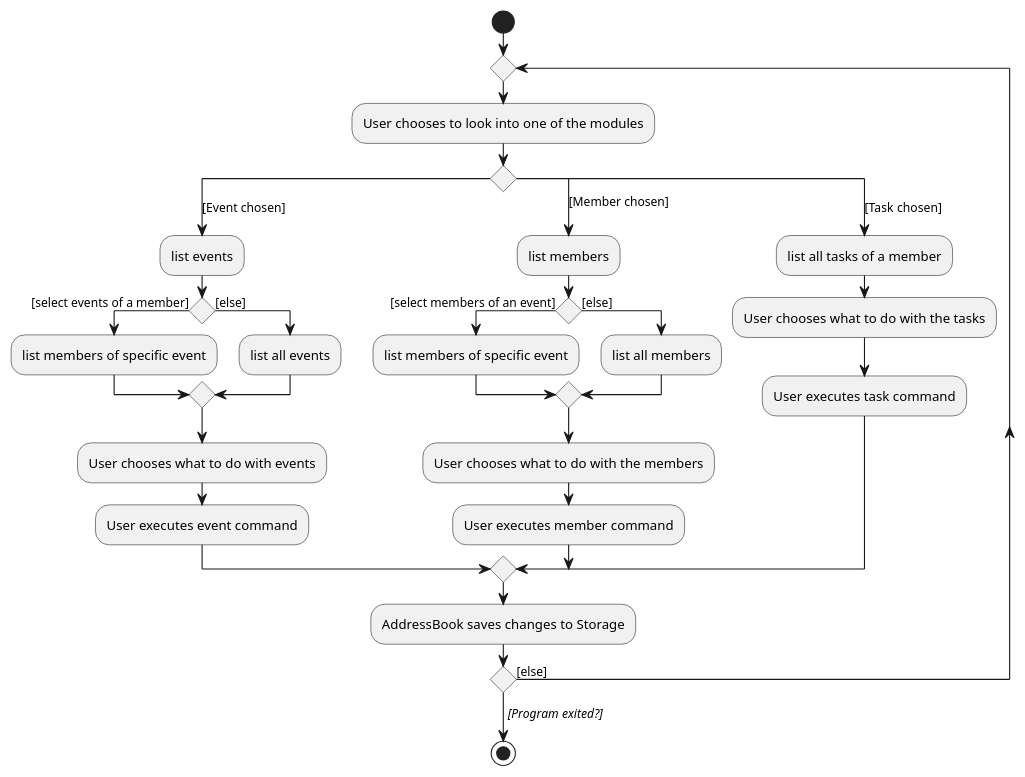
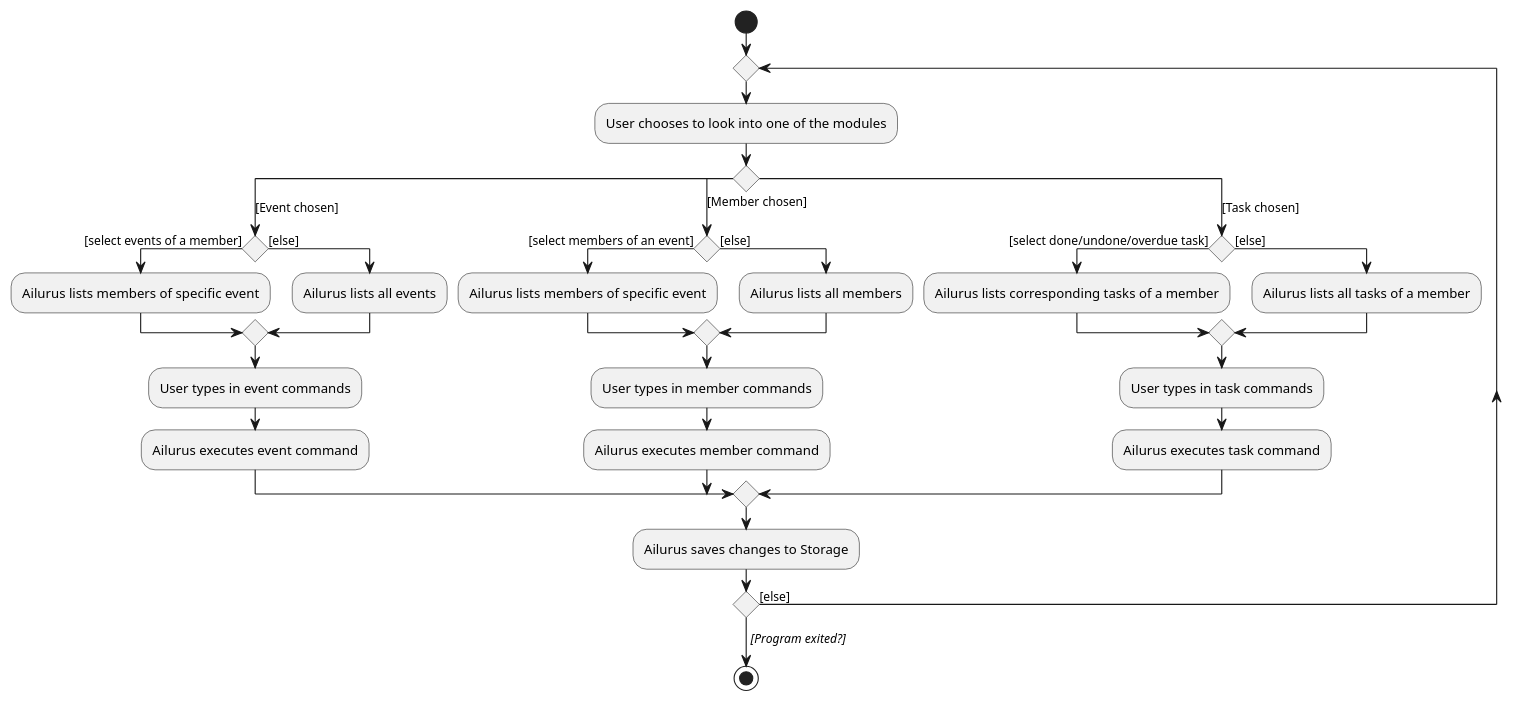
The diagram in docs/diagrams/CommandActivityDiagram.puml (nus-cs2103-AY2122S1/tp), drawn with PlantUML before and after one commit. The commit also changed 2 other files, not shown here.

```diff
--- a/docs/diagrams/CommandActivityDiagram.puml
+++ b/docs/diagrams/CommandActivityDiagram.puml
@@ -1,33 +1,35 @@
 @startuml
 start
 repeat
 :User chooses to look into one of the modules;
 switch ()
 case ([Event chosen])
-    :list events;
     if () then ([select events of a member])
-        :list members of specific event;
+        :Ailurus lists members of specific event;
     else ([else])
-        :list all events;
+        :Ailurus lists all events;
     endif
-    :User chooses what to do with events;
-    :User executes event command;
+    :User types in event commands;
+    :Ailurus executes event command;
 case ([Member chosen])
-    :list members;
     if () then ([select members of an event])
-        :list members of specific event;
+        :Ailurus lists members of specific event;
     else ([else])
-        :list all members;
+        :Ailurus lists all members;
     endif
-    :User chooses what to do with the members;
-    :User executes member command;
+    :User types in member commands;
+    :Ailurus executes member command;
 case ([Task chosen])
-    :list all tasks of a member;
-    :User chooses what to do with the tasks;
-    :User executes task command;
+    if () then ([select done/undone/overdue task])
+        :Ailurus lists corresponding tasks of a member;
+    else ([else])
+        :Ailurus lists all tasks of a member;
+    endif
+    :User types in task commands;
+    :Ailurus executes task command;
 endswitch
-:AddressBook saves changes to Storage;
+:Ailurus saves changes to Storage;
 repeat while () is ([else])
 ->//[Program exited?]//;
 stop
 @enduml
```
